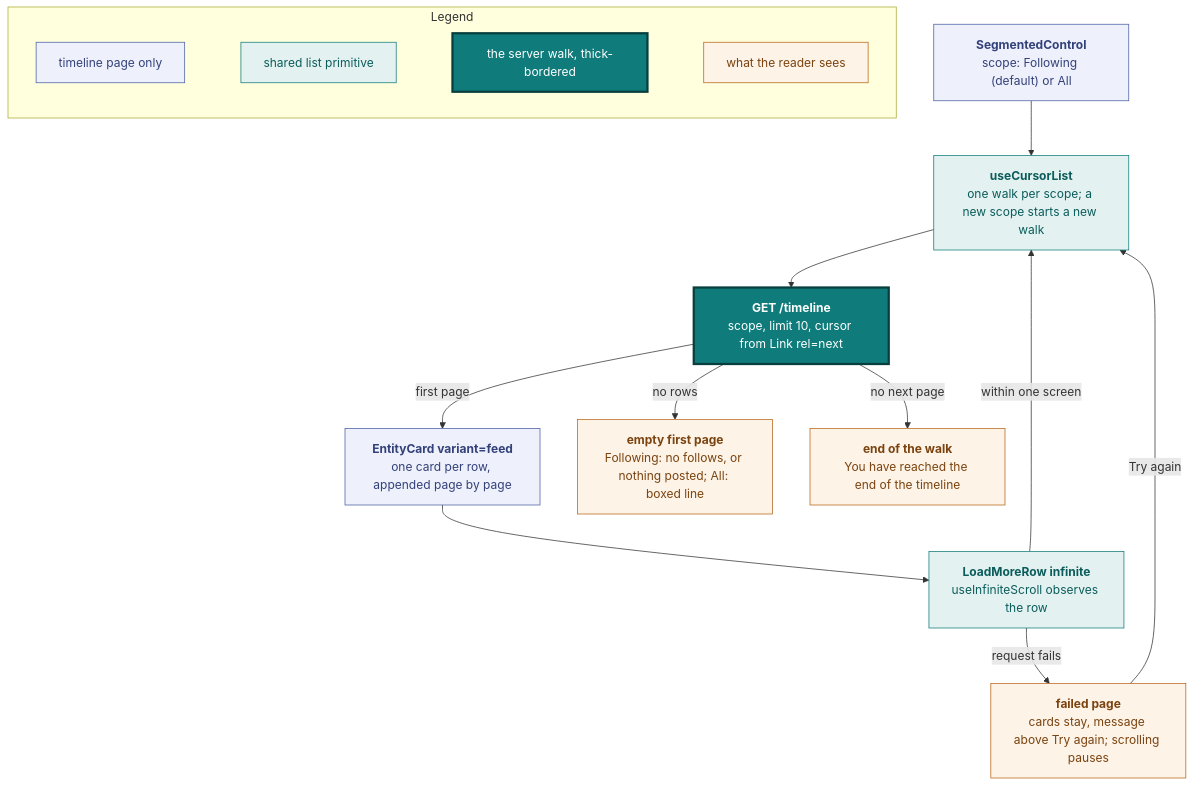
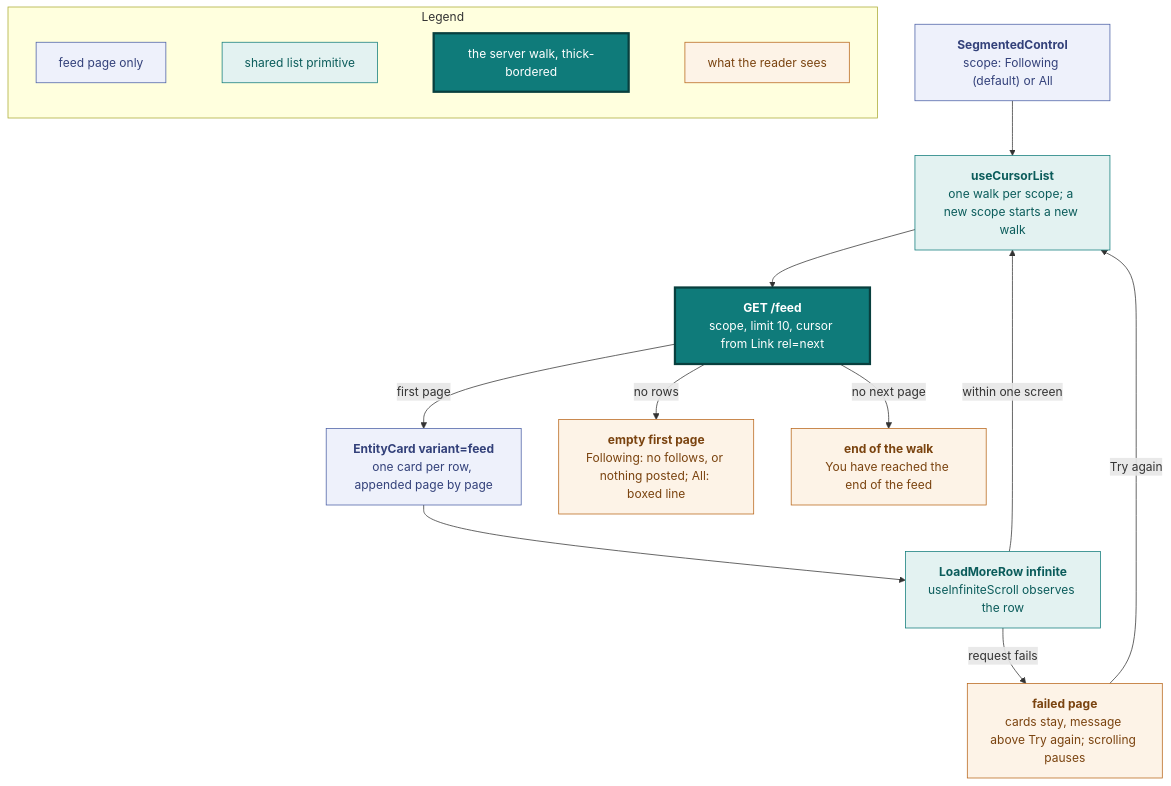
The fifth of 8 diagrams in docs/design.md (vidithq/vidit), drawn with Mermaid before and after one commit. The commit also changed other lines of this file and 26 other files, not shown here.

First line of the commit message:
feat: rename the timeline to feed (#585)

````diff
--- a/docs/design.md
+++ b/docs/design.md
@@ -531,43 +531,43 @@
 ```mermaid
 flowchart TB
   classDef page fill:#eef1fb,stroke:#4a5fa5,color:#33417a
   classDef shared fill:#e3f2f1,stroke:#0f7b7a,color:#0b5c5b
   classDef core fill:#0f7b7a,stroke:#083f3e,stroke-width:3px,color:#ffffff
   classDef state fill:#fdf3e7,stroke:#b8661a,color:#7a430f
 
   subgraph legend [Legend]
     direction LR
-    l1["`timeline page only`"]:::page
+    l1["`feed page only`"]:::page
     l2["`shared list primitive`"]:::shared
     l3["`the server walk, thick-bordered`"]:::core
     l4["`what the reader sees`"]:::state
     l1 ~~~ l2 ~~~ l3 ~~~ l4
   end
 
   toggle["`**SegmentedControl**
   scope: Following (default) or All`"]:::page
   walk["`**useCursorList**
   one walk per scope; a new scope starts a new walk`"]:::shared
-  api["`**GET /timeline**
+  api["`**GET /feed**
   scope, limit 10, cursor from Link rel=next`"]:::core
   cards["`**EntityCard variant=feed**
   one card per row, appended page by page`"]:::page
   row["`**LoadMoreRow infinite**
   useInfiniteScroll observes the row`"]:::shared
 
   empty["`**empty first page**
   Following: no follows, or nothing posted; All: boxed line`"]:::state
   failed["`**failed page**
   cards stay, message above Try again; scrolling pauses`"]:::state
   done["`**end of the walk**
-  You have reached the end of the timeline`"]:::state
+  You have reached the end of the feed`"]:::state
 
   toggle --> walk --> api
   api -->|first page| cards
   api -->|no rows| empty
   cards --> row
   row -->|within one screen| walk
   row -->|request fails| failed
   failed -->|Try again| walk
   api -->|no next page| done
 ```
````
